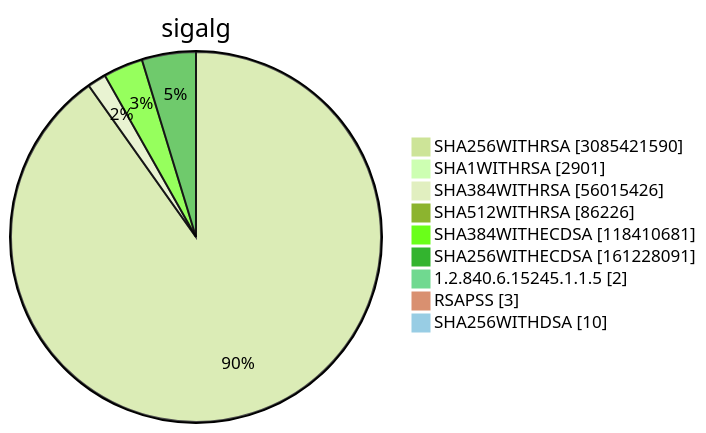
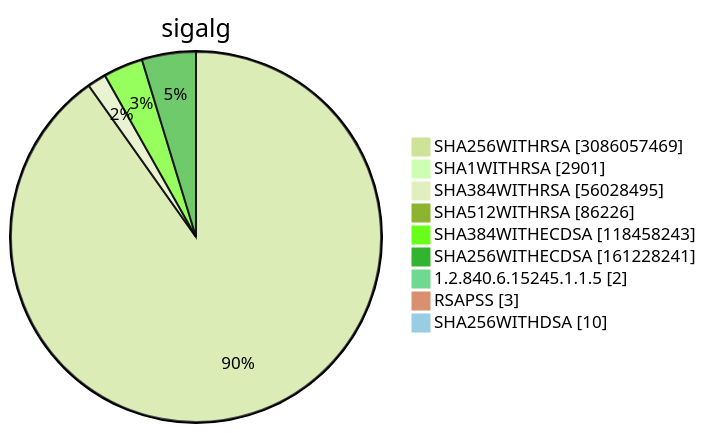
Before and after one commit to christiankrug/ctmonitor_visualization: diagram 15 of 15 in TOTAL/README.md, drawn with Mermaid (forest theme). The commit also changed other lines of this file, not shown here.

````diff
--- a/TOTAL/README.md
+++ b/TOTAL/README.md
@@ -6210,13 +6210,13 @@
 ```mermaid
 pie showData
 title sigalg
-"SHA256WITHRSA" :3085421590
+"SHA256WITHRSA" :3086057469
 "SHA1WITHRSA" :2901
-"SHA384WITHRSA" :56015426
+"SHA384WITHRSA" :56028495
 "SHA512WITHRSA" :86226
-"SHA384WITHECDSA" :118410681
-"SHA256WITHECDSA" :161228091
+"SHA384WITHECDSA" :118458243
+"SHA256WITHECDSA" :161228241
 "1.2.840.6.15245.1.1.5" :2
 "RSAPSS" :3
 "SHA256WITHDSA" :10
 ```
````
